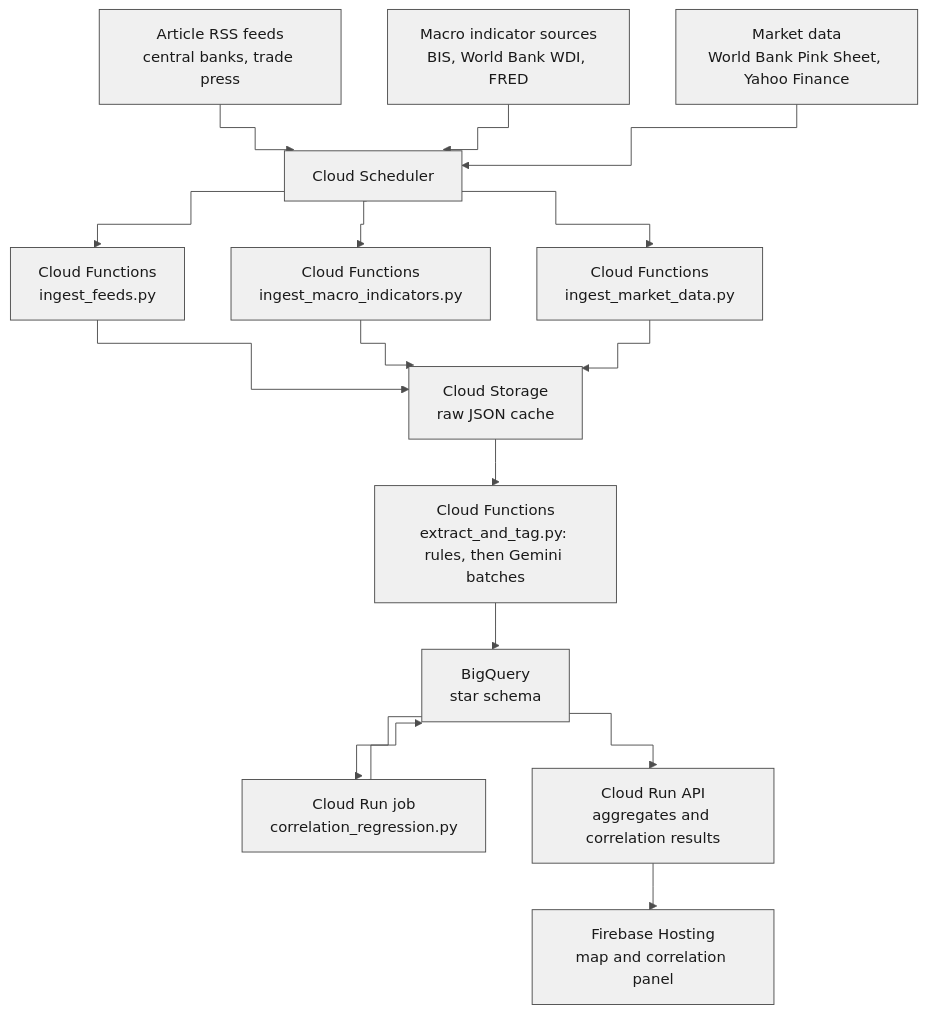
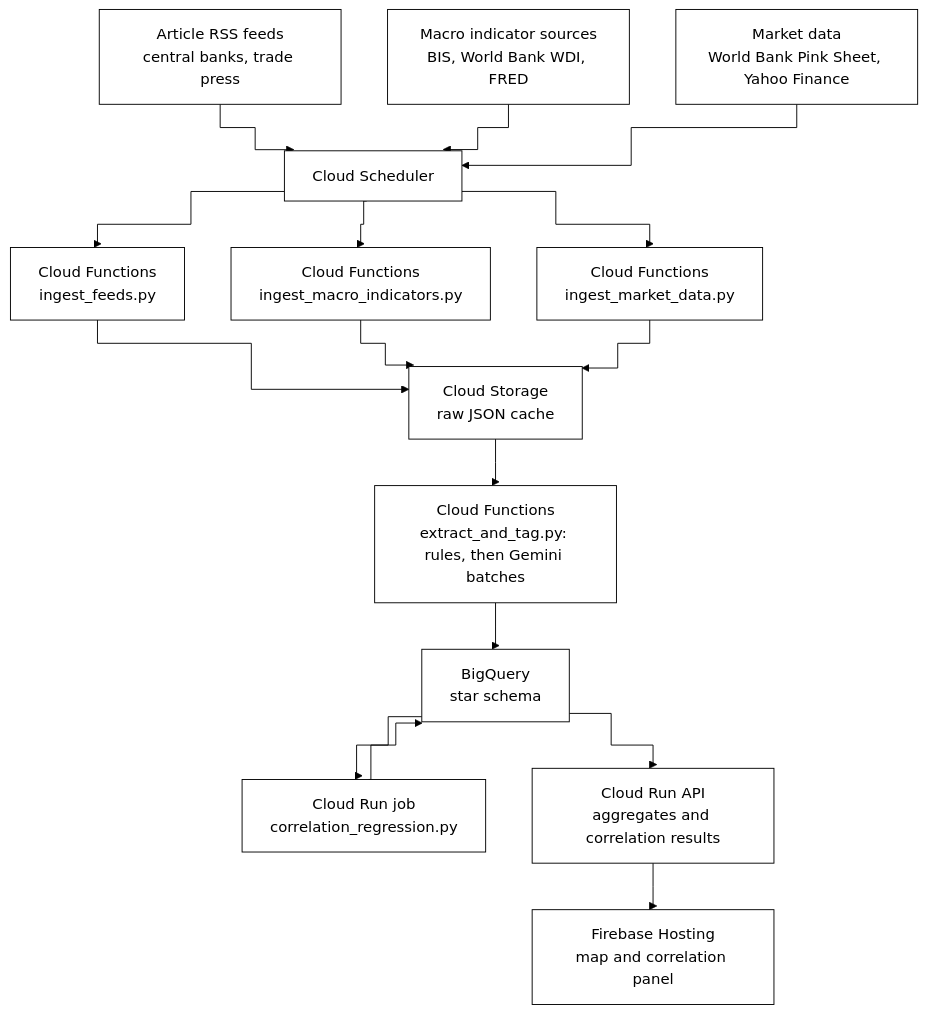
Before and after one commit to bakuncwa/mp-commodities-corr: the first of 3 diagrams in README.md, drawn with Mermaid. The commit also changed other lines of this file, not shown here.

Commit message:
Black-and-white Mermaid diagrams

````diff
--- a/README.md
+++ b/README.md
@@ -37,26 +37,26 @@
 ```mermaid
-%%{init: {'theme': 'base', 'flowchart': {'curve': 'step'}, 'themeVariables': { 'primaryColor': '#f0f0f0', 'primaryBorderColor': '#4d4d4d', 'primaryTextColor': '#1a1a1a', 'lineColor': '#4d4d4d', 'secondaryColor': '#e0e0e0', 'tertiaryColor': '#ffffff' }}}%%
+%%{init: {'theme': 'base', 'flowchart': {'curve': 'step'}, 'themeVariables': {'primaryColor': '#ffffff', 'primaryBorderColor': '#000000', 'primaryTextColor': '#000000', 'lineColor': '#000000', 'secondaryColor': '#ffffff', 'tertiaryColor': '#ffffff', 'mainBkg': '#ffffff', 'nodeBorder': '#000000', 'clusterBkg': '#ffffff', 'clusterBorder': '#000000', 'edgeLabelBackground': '#ffffff', 'attributeBackgroundColorOdd': '#ffffff', 'attributeBackgroundColorEven': '#ffffff'}}}%%
 flowchart TD
     A1["Article RSS feeds<br/>central banks, trade press"]
     A2["Macro indicator sources<br/>BIS, World Bank WDI, FRED"]
     A3["Market data<br/>World Bank Pink Sheet, Yahoo Finance"]
     B["Cloud Scheduler"]
     C1["Cloud Functions<br/>ingest_feeds.py"]
     C2["Cloud Functions<br/>ingest_macro_indicators.py"]
     C3["Cloud Functions<br/>ingest_market_data.py"]
     D["Cloud Storage<br/>raw JSON cache"]
     E["Cloud Functions<br/>extract_and_tag.py: rules, then Gemini batches"]
     F["BigQuery<br/>star schema"]
     G["Cloud Run job<br/>correlation_regression.py"]
     H["Cloud Run API<br/>aggregates and correlation results"]
     I["Firebase Hosting<br/>map and correlation panel"]
 
     A1 --> B
     A2 --> B
     A3 --> B
     B --> C1 --> D --> E --> F
     B --> C2 --> D
     B --> C3 --> D
     F --> G --> F
     F --> H --> I
 ```
````
